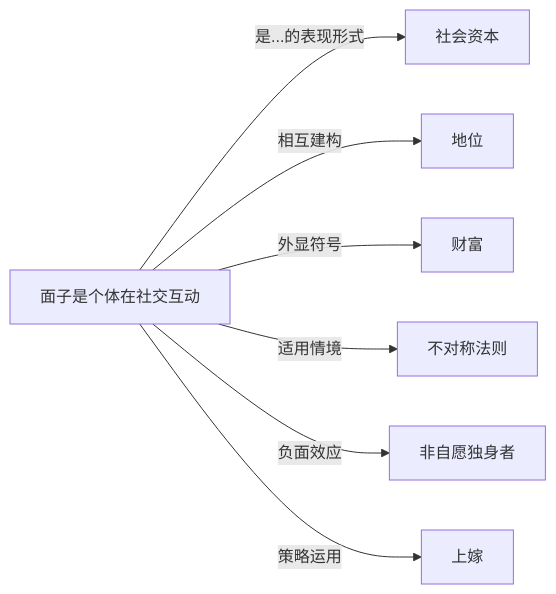
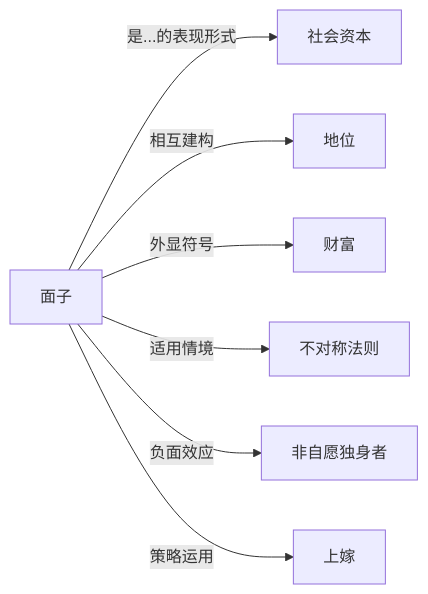
Before and after one commit to KIMMCHOW/MyKnowledge: the diagram in Knowledge/Concepts/社会学/面子.md, drawn with Mermaid. The commit also changed 96 other files, not shown here.

Commit message:
fix: 修复概念页关系图节点并补齐缺失关联

````diff
--- a/Knowledge/Concepts/社会学/面子.md
+++ b/Knowledge/Concepts/社会学/面子.md
@@ -47,9 +47,9 @@
 ```mermaid
 graph LR
-    面子是个体在社交互动 -->|是...的表现形式| 社会资本
-    面子是个体在社交互动 -->|相互建构| 地位
-    面子是个体在社交互动 -->|外显符号| 财富
-    面子是个体在社交互动 -->|适用情境| 不对称法则
-    面子是个体在社交互动 -->|负面效应| 非自愿独身者
-    面子是个体在社交互动 -->|策略运用| 上嫁
+面子 -->|是...的表现形式| 社会资本
+面子 -->|相互建构| 地位
+面子 -->|外显符号| 财富
+面子 -->|适用情境| 不对称法则
+面子 -->|负面效应| 非自愿独身者
+面子 -->|策略运用| 上嫁
 ```
````
